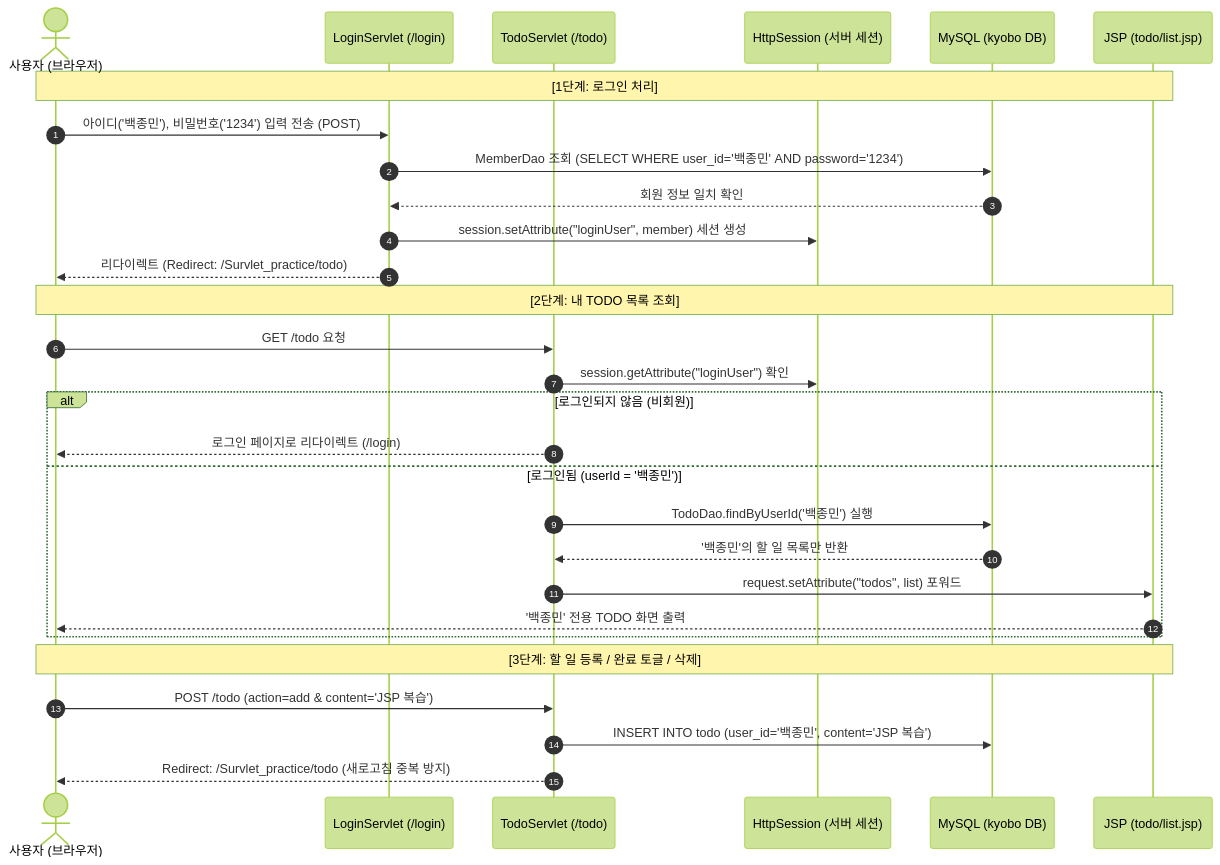
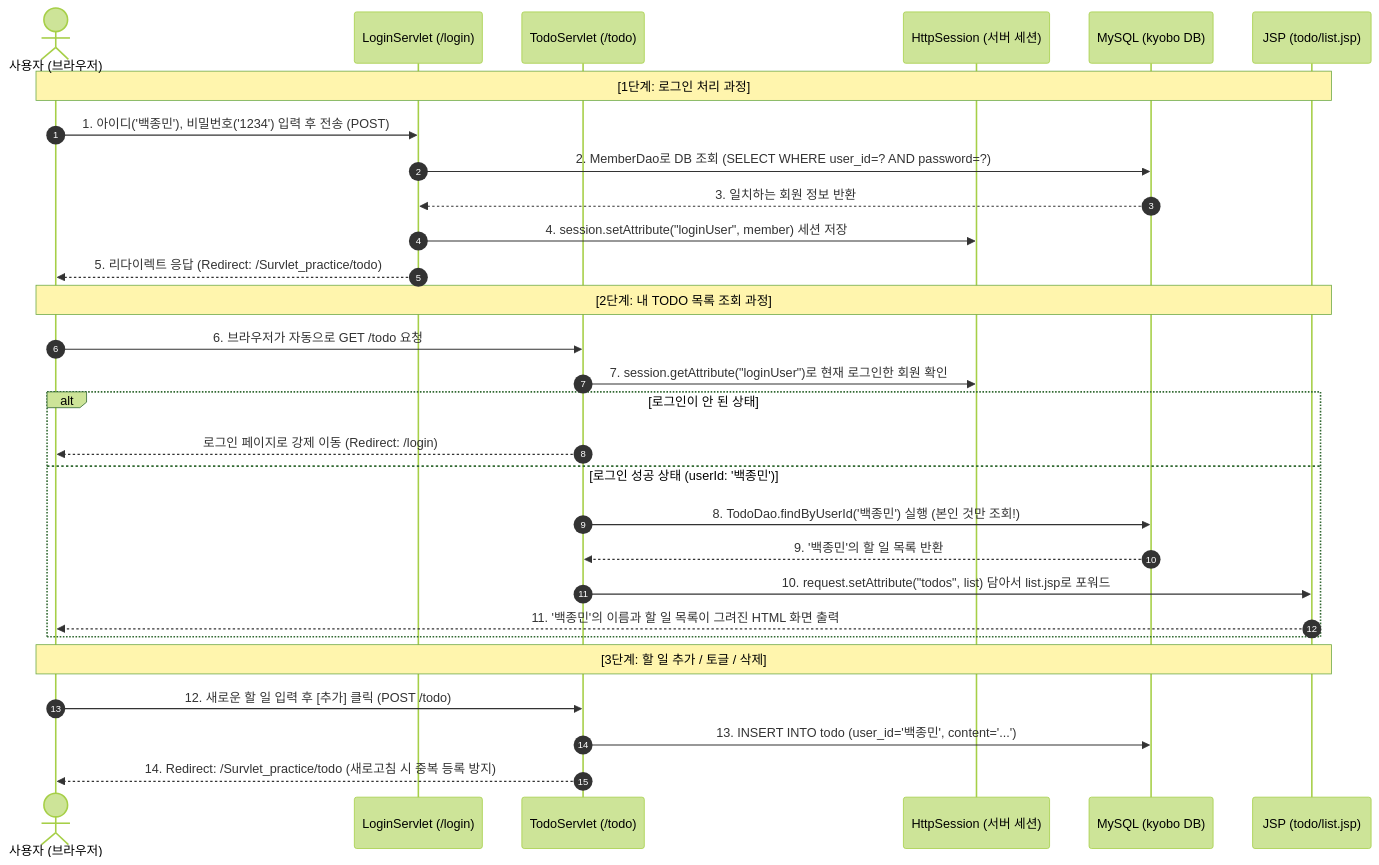
Before and after one commit to jackbongmin/Survlet_practice: the diagram in JSP_TODO_LOGIN_GUIDE.md, drawn with Mermaid (forest theme). The commit also changed other lines of this file and 4 other files, not shown here.

````diff
--- a/JSP_TODO_LOGIN_GUIDE.md
+++ b/JSP_TODO_LOGIN_GUIDE.md
@@ -71,34 +72,34 @@
 ```mermaid
 sequenceDiagram
     autonumber
     actor User as 사용자 (브라우저)
     participant LoginServlet as LoginServlet (/login)
     participant TodoServlet as TodoServlet (/todo)
     participant Session as HttpSession (서버 세션)
     participant DB as MySQL (kyobo DB)
     participant View as JSP (todo/list.jsp)
 
-    Note over User, View: [1단계: 로그인 처리]
-    User->>LoginServlet: 아이디('백종민'), 비밀번호('1234') 입력 전송 (POST)
-    LoginServlet->>DB: MemberDao 조회 (SELECT WHERE user_id='백종민' AND password='1234')
-    DB-->>LoginServlet: 회원 정보 일치 확인
-    LoginServlet->>Session: session.setAttribute("loginUser", member) 세션 생성
-    LoginServlet-->>User: 리다이렉트 (Redirect: /Survlet_practice/todo)
+    Note over User, View: [1단계: 로그인 처리 과정]
+    User->>LoginServlet: 1. 아이디('백종민'), 비밀번호('1234') 입력 후 전송 (POST)
+    LoginServlet->>DB: 2. MemberDao로 DB 조회 (SELECT WHERE user_id=? AND password=?)
+    DB-->>LoginServlet: 3. 일치하는 회원 정보 반환
+    LoginServlet->>Session: 4. session.setAttribute("loginUser", member) 세션 저장
+    LoginServlet-->>User: 5. 리다이렉트 응답 (Redirect: /Survlet_practice/todo)
 
-    Note over User, View: [2단계: 내 TODO 목록 조회]
-    User->>TodoServlet: GET /todo 요청
-    TodoServlet->>Session: session.getAttribute("loginUser") 확인
-    alt 로그인되지 않음 (비회원)
-        TodoServlet-->>User: 로그인 페이지로 리다이렉트 (/login)
-    else 로그인됨 (userId = '백종민')
-        TodoServlet->>DB: TodoDao.findByUserId('백종민') 실행
-        DB-->>TodoServlet: '백종민'의 할 일 목록만 반환
-        TodoServlet->>View: request.setAttribute("todos", list) 포워드
-        View-->>User: '백종민' 전용 TODO 화면 출력
+    Note over User, View: [2단계: 내 TODO 목록 조회 과정]
+    User->>TodoServlet: 6. 브라우저가 자동으로 GET /todo 요청
+    TodoServlet->>Session: 7. session.getAttribute("loginUser")로 현재 로그인한 회원 확인
+    alt 로그인이 안 된 상태
+        TodoServlet-->>User: 로그인 페이지로 강제 이동 (Redirect: /login)
+    else 로그인 성공 상태 (userId: '백종민')
+        TodoServlet->>DB: 8. TodoDao.findByUserId('백종민') 실행 (본인 것만 조회!)
+        DB-->>TodoServlet: 9. '백종민'의 할 일 목록 반환
+        TodoServlet->>View: 10. request.setAttribute("todos", list) 담아서 list.jsp로 포워드
+        View-->>User: 11. '백종민'의 이름과 할 일 목록이 그려진 HTML 화면 출력
     end
 
-    Note over User, View: [3단계: 할 일 등록 / 완료 토글 / 삭제]
-    User->>TodoServlet: POST /todo (action=add & content='JSP 복습')
-    TodoServlet->>DB: INSERT INTO todo (user_id='백종민', content='JSP 복습')
-    TodoServlet-->>User: Redirect: /Survlet_practice/todo (새로고침 중복 방지)
+    Note over User, View: [3단계: 할 일 추가 / 토글 / 삭제]
+    User->>TodoServlet: 12. 새로운 할 일 입력 후 [추가] 클릭 (POST /todo)
+    TodoServlet->>DB: 13. INSERT INTO todo (user_id='백종민', content='...')
+    TodoServlet-->>User: 14. Redirect: /Survlet_practice/todo (새로고침 시 중복 등록 방지)
 ```
````
